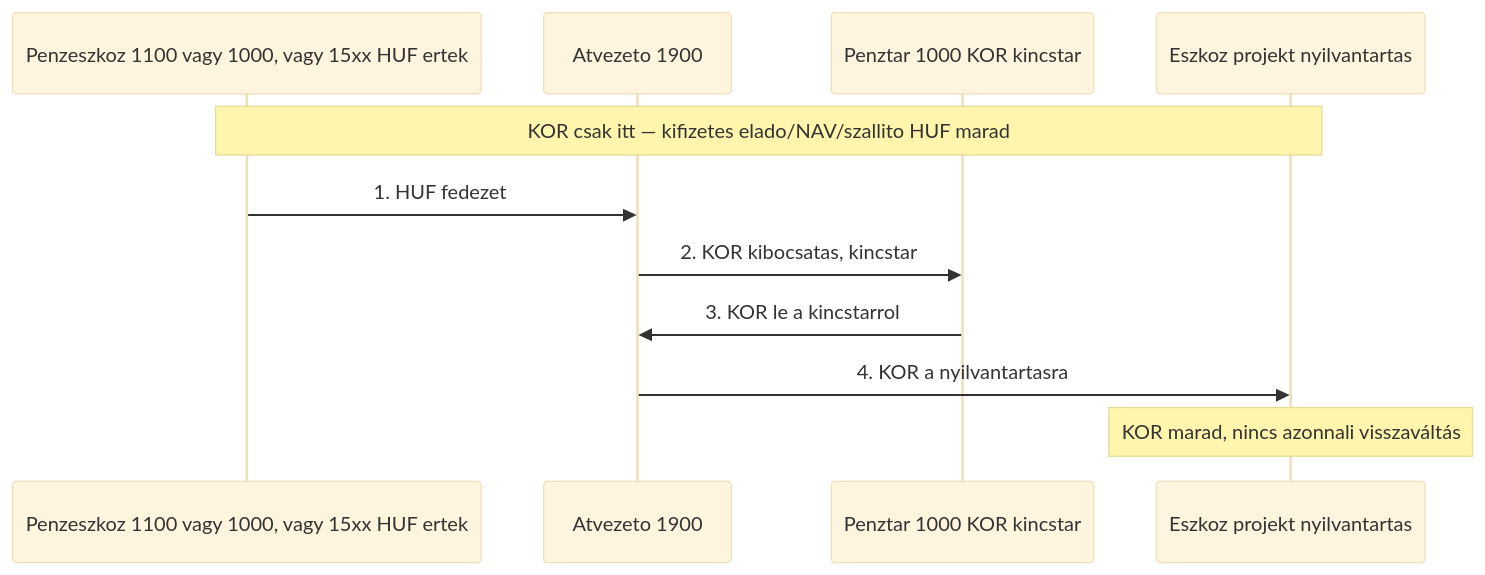
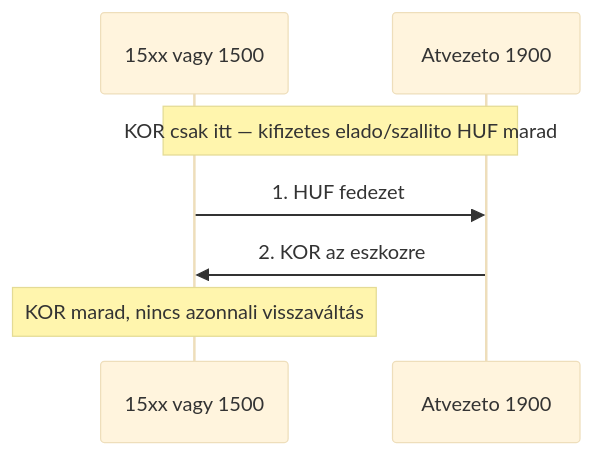
One commit to pitiboy/curr changed the second of 15 diagrams in docs/transaction-workflow.md. Above: the diagram before and after it, drawn with Mermaid (base theme). The commit also changed other lines of this file and 8 other files, not shown here.

````diff
--- a/docs/transaction-workflow.md
+++ b/docs/transaction-workflow.md
@@ -154,14 +150,10 @@
 ```mermaid
 sequenceDiagram
-  participant Fedezet as Penzeszkoz 1100 vagy 1000, vagy 15xx HUF ertek
+  participant Eszkoz as 15xx vagy 1500
   participant Atv as Atvezeto 1900
-  participant Kincstar as Penztar 1000 KOR kincstar
-  participant Nyilv as Eszkoz projekt nyilvantartas
 
-  Note over Fedezet,Nyilv: KOR csak itt — kifizetes elado/NAV/szallito HUF marad
-  Fedezet->>Atv: 1. HUF fedezet
-  Atv->>Kincstar: 2. KOR kibocsatas, kincstar
-  Kincstar->>Atv: 3. KOR le a kincstarrol
-  Atv->>Nyilv: 4. KOR a nyilvantartasra
-  Note over Nyilv: KOR marad, nincs azonnali visszaváltás
+  Note over Eszkoz,Atv: KOR csak itt — kifizetes elado/szallito HUF marad
+  Eszkoz->>Atv: 1. HUF fedezet
+  Atv->>Eszkoz: 2. KOR az eszkozre
+  Note over Eszkoz: KOR marad, nincs azonnali visszaváltás
 ```
````
